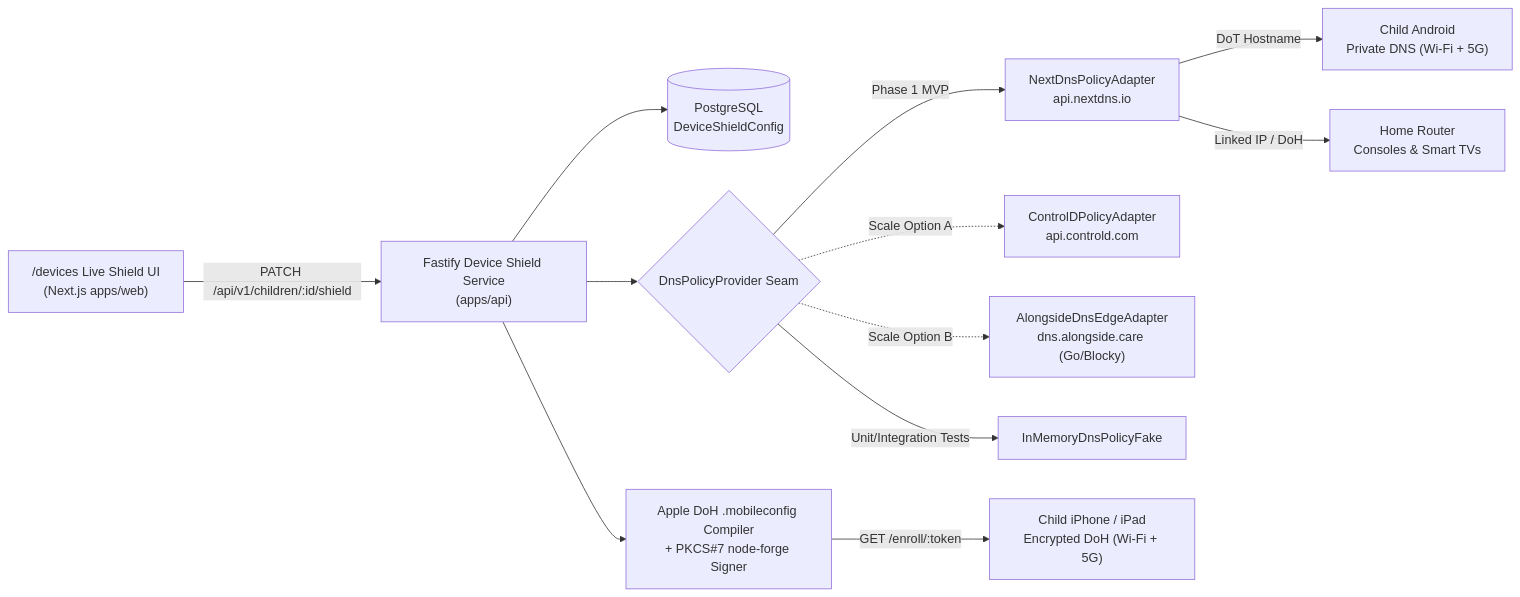
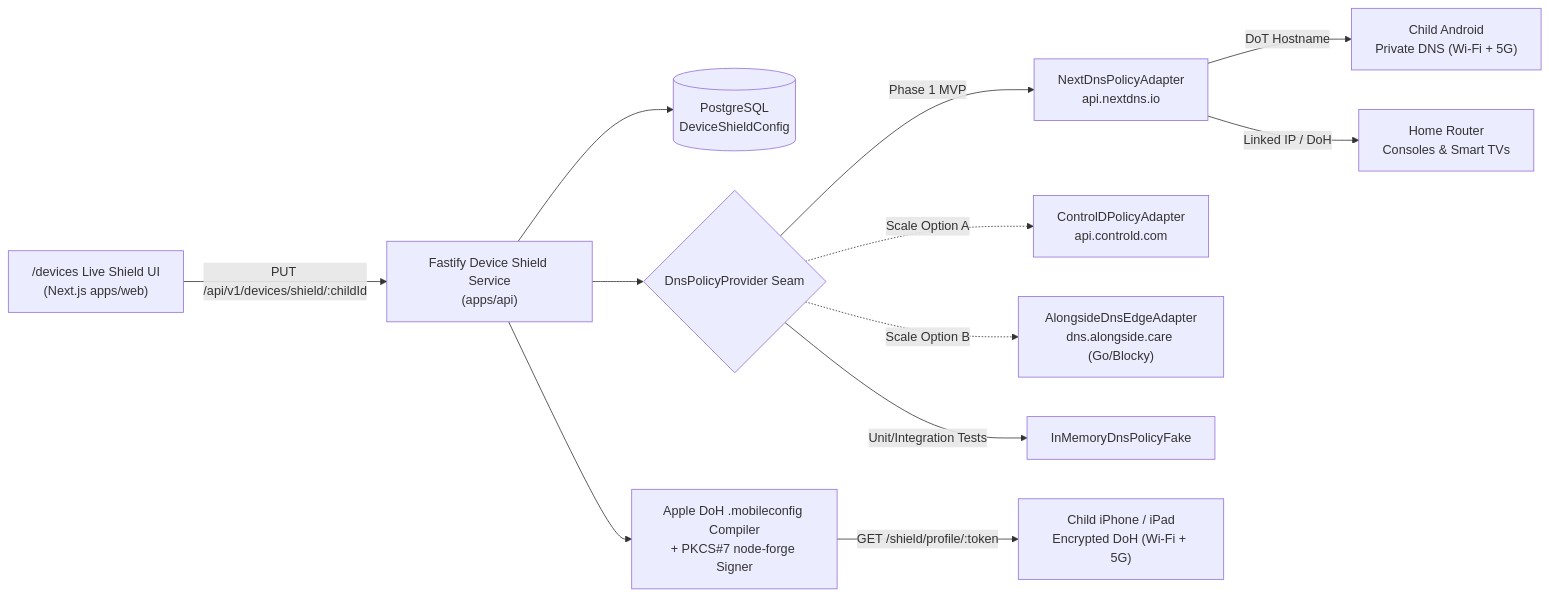
Before and after one commit to Souheil007/AlongSide: the diagram in docs/dns-parental-controls-architecture.md, drawn with Mermaid. The commit also changed other lines of this file and 9 other files, not shown here.

````diff
--- a/docs/dns-parental-controls-architecture.md
+++ b/docs/dns-parental-controls-architecture.md
@@ -27,15 +27,15 @@
 ```mermaid
 flowchart LR
-    UI["/devices Live Shield UI\n(Next.js apps/web)"] -->|PATCH /api/v1/children/:id/shield| API["Fastify Device Shield Service\n(apps/api)"]
+    UI["/devices Live Shield UI\n(Next.js apps/web)"] -->|PUT /api/v1/devices/shield/:childId| API["Fastify Device Shield Service\n(apps/api)"]
     API --> DB[(PostgreSQL\nDeviceShieldConfig)]
     API --> Seam{"DnsPolicyProvider Seam"}
     Seam -->|Phase 1 MVP| NextDNS["NextDnsPolicyAdapter\napi.nextdns.io"]
     Seam -.->|Scale Option A| ControlD["ControlDPolicyAdapter\napi.controld.com"]
     Seam -.->|Scale Option B| SelfHost["AlongsideDnsEdgeAdapter\ndns.alongside.care (Go/Blocky)"]
     Seam -->|Unit/Integration Tests| Fake["InMemoryDnsPolicyFake"]
 
     API --> Compiler["Apple DoH .mobileconfig Compiler\n+ PKCS#7 node-forge Signer"]
-    Compiler -->|GET /enroll/:token| iOS["Child iPhone / iPad\nEncrypted DoH (Wi-Fi + 5G)"]
+    Compiler -->|GET /shield/profile/:token| iOS["Child iPhone / iPad\nEncrypted DoH (Wi-Fi + 5G)"]
     NextDNS -->|DoT Hostname| Android["Child Android\nPrivate DNS (Wi-Fi + 5G)"]
     NextDNS -->|Linked IP / DoH| Router["Home Router\nConsoles & Smart TVs"]
 ```
````
